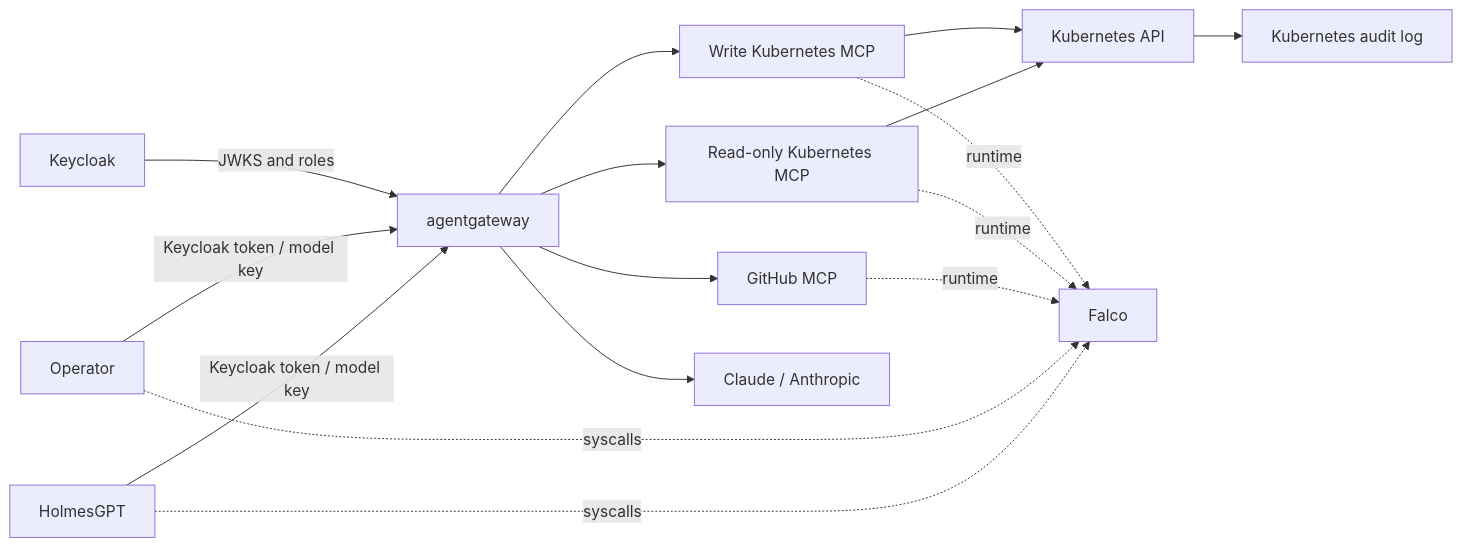
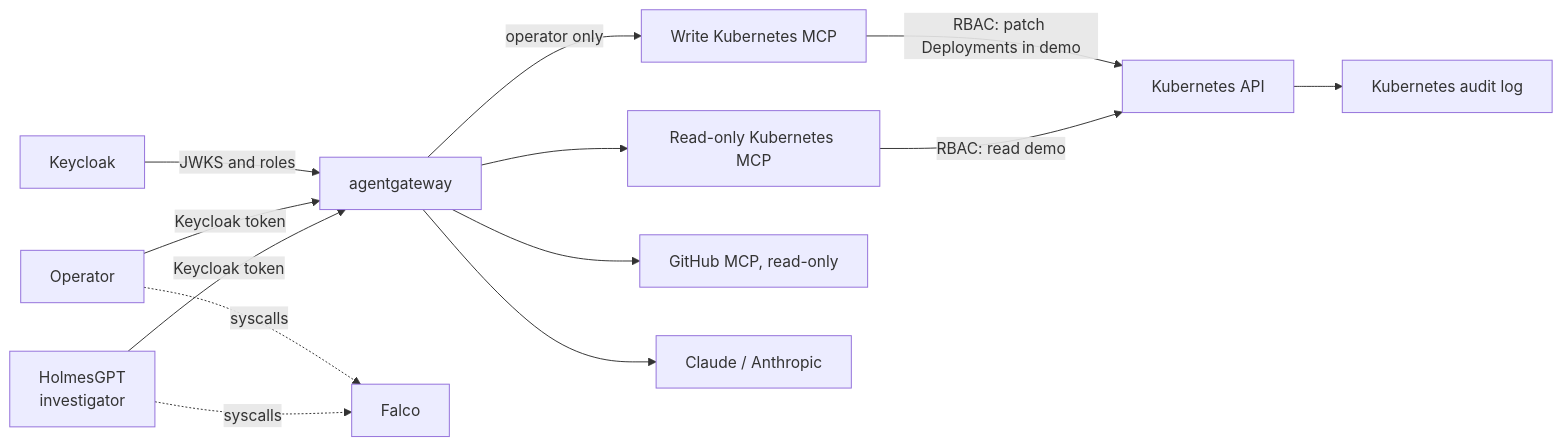
One commit to fsclyde/kubernetes-sre-security-lab changed the diagram in README.md. Above: the diagram before and after it, drawn with Mermaid. The commit also changed other lines of this file and 5 other files, not shown here.

````diff
--- a/README.md
+++ b/README.md
@@ -21,18 +33,15 @@
 ```mermaid
 flowchart LR
-    H[HolmesGPT] -->|Keycloak token / model key| G[agentgateway]
-    O[Operator] -->|Keycloak token / model key| G
+    H[HolmesGPT<br/>investigator] -->|Keycloak token| G[agentgateway]
+    O[Operator] -->|Keycloak token| G
     K[Keycloak] -->|JWKS and roles| G
     G --> R[Read-only Kubernetes MCP]
-    G --> W[Write Kubernetes MCP]
-    G --> GH[GitHub MCP]
+    G -->|operator only| W[Write Kubernetes MCP]
+    G --> GH[GitHub MCP, read-only]
     G --> L[Claude / Anthropic]
-    R --> API[Kubernetes API]
-    W --> API
+    R -->|RBAC: read demo| API[Kubernetes API]
+    W -->|RBAC: patch Deployments in demo| API
     API --> AUD[Kubernetes audit log]
     H -. syscalls .-> F[Falco]
     O -. syscalls .-> F
-    GH -. runtime .-> F
-    R -. runtime .-> F
-    W -. runtime .-> F
 ```
````
